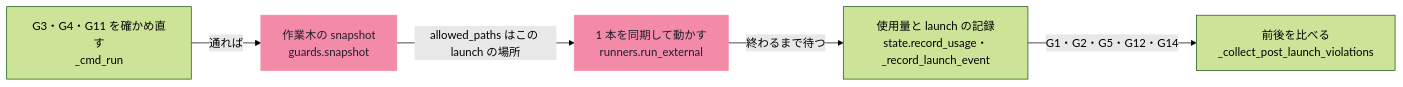
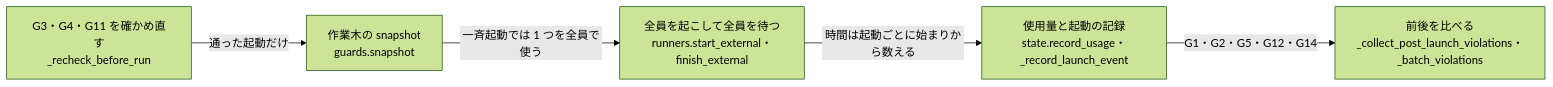
Before and after one commit to reeschan/atelier: the diagram in .omm/launch-lifecycle/external-launch/diagram.mmd, drawn with Mermaid (forest theme). The commit also changed 107 other files, not shown here.

Commit message:
docs(atelier): redraw the OMM diagrams for launch batches

```diff
--- a/.omm/launch-lifecycle/external-launch/diagram.mmd
+++ b/.omm/launch-lifecycle/external-launch/diagram.mmd
@@ -1,14 +1,11 @@
 graph LR
-    recheck["G3・G4・G11 を確かめ直す\n_cmd_run"]
+    recheck["G3・G4・G11 を確かめ直す\n_recheck_before_run"]
     snapshot-before["作業木の snapshot\nguards.snapshot"]
-    run-sync["1 本を同期して動かす\nrunners.run_external"]
-    usage["使用量と launch の記録\nstate.record_usage・_record_launch_event"]
-    compare-after["前後を比べる\n_collect_post_launch_violations"]
+    run-sync["全員を起こして全員を待つ\nrunners.start_external・finish_external"]
+    usage["使用量と起動の記録\nstate.record_usage・_record_launch_event"]
+    compare-after["前後を比べる\n_collect_post_launch_violations・_batch_violations"]
 
-    recheck -->|"通れば"| snapshot-before
-    snapshot-before -->|"allowed_paths はこの launch の場所"| run-sync
-    run-sync -->|"終わるまで待つ"| usage
+    recheck -->|"通った起動だけ"| snapshot-before
+    snapshot-before -->|"一斉起動では 1 つを全員で使う"| run-sync
+    run-sync -->|"時間は起動ごとに始まりから数える"| usage
     usage -->|"G1・G2・G5・G12・G14"| compare-after
-
-    classDef concern fill:#f38ba8,stroke:#f38ba8,color:#1e1e2e
-    class run-sync,snapshot-before concern
```
